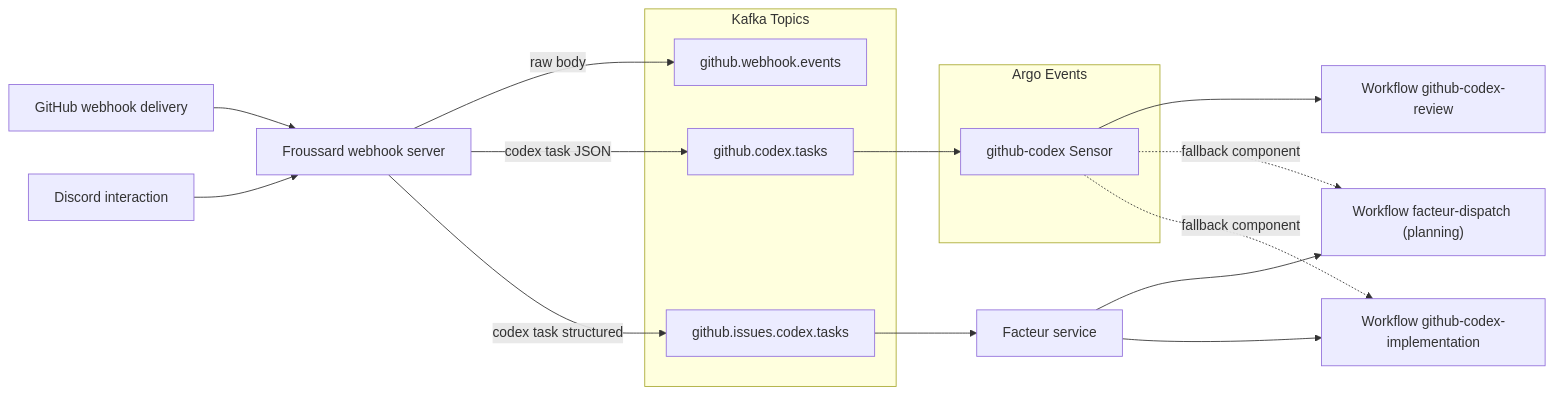
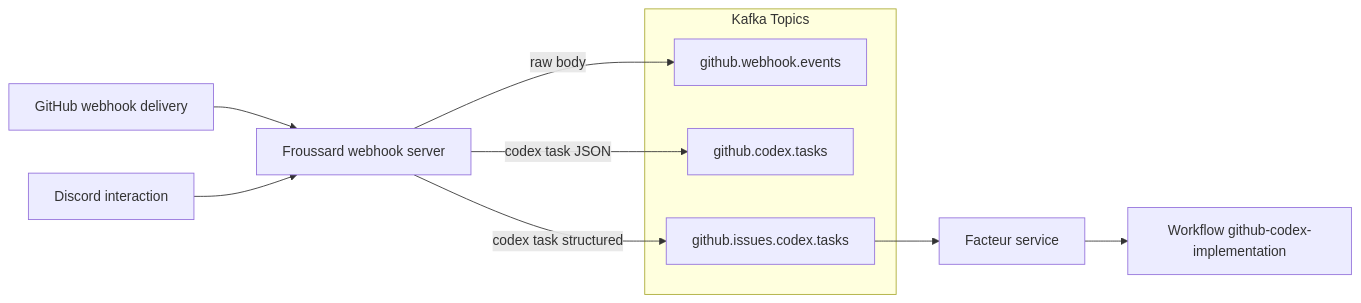
One commit to proompteng/lab changed the diagram in docs/codex-workflow.md. Above: the diagram before and after it, drawn with Mermaid. The commit also changed other lines of this file and 69 other files, not shown here.

Commit message:
refactor: migrate codex to implementation-only flow

````diff
--- a/docs/codex-workflow.md
+++ b/docs/codex-workflow.md
@@ -18,23 +12,15 @@
 ```mermaid
 flowchart LR
   GH[GitHub webhook delivery] --> Froussard[Froussard webhook server]
   Discord[Discord interaction] --> Froussard
   subgraph Kafka[Kafka Topics]
     Raw[github.webhook.events]
     Tasks[github.codex.tasks]
     Structured[github.issues.codex.tasks]
   end
   Froussard -->|raw body| Raw
   Froussard -->|codex task JSON| Tasks
   Froussard -->|codex task structured| Structured
   Structured --> Facteur[Facteur service]
-  subgraph ArgoEvents[Argo Events]
-    Sensor[github-codex Sensor]
-  end
-  Tasks --> Sensor
-  Facteur --> FacteurPlanning["Workflow facteur-dispatch (planning)"]
   Facteur --> Implementation["Workflow github-codex-implementation"]
-  Sensor --> Review["Workflow github-codex-review"]
-  Sensor -. fallback component .-> FacteurPlanning
-  Sensor -. fallback component .-> Implementation
 ```
````
